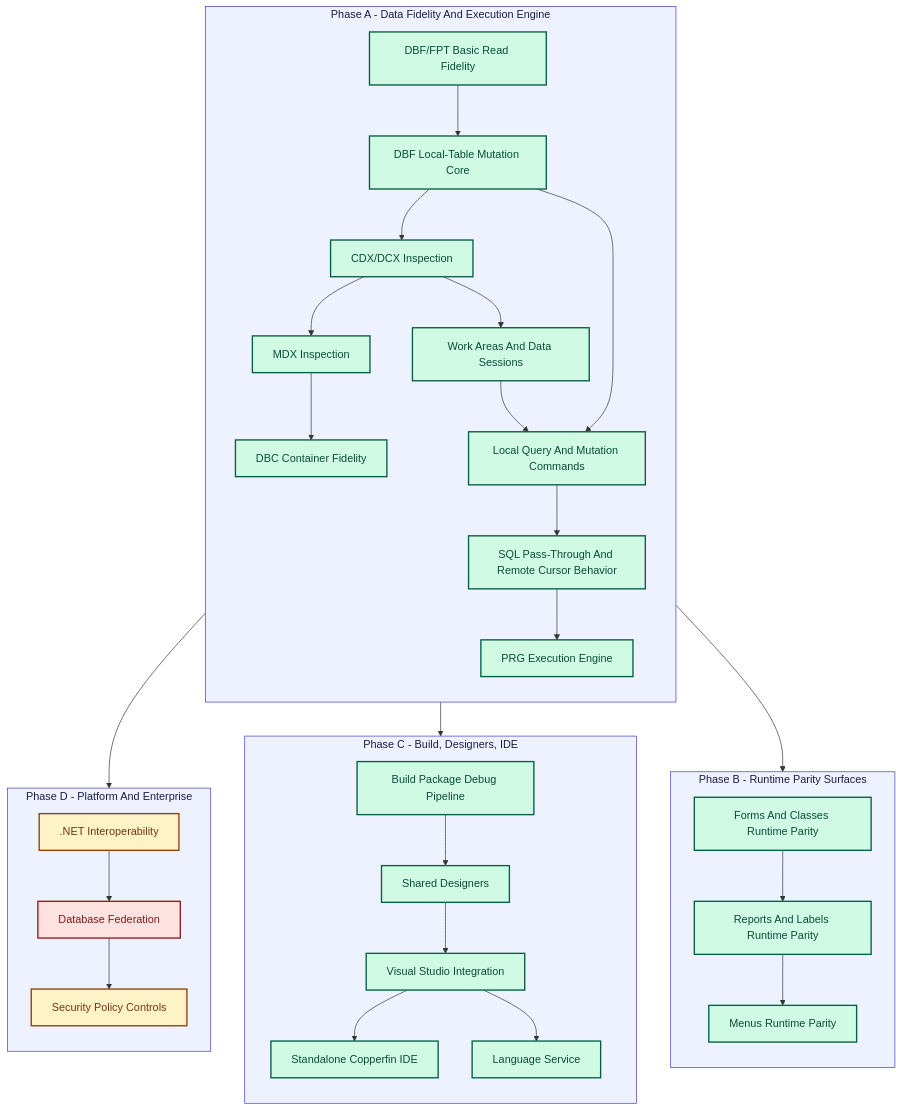
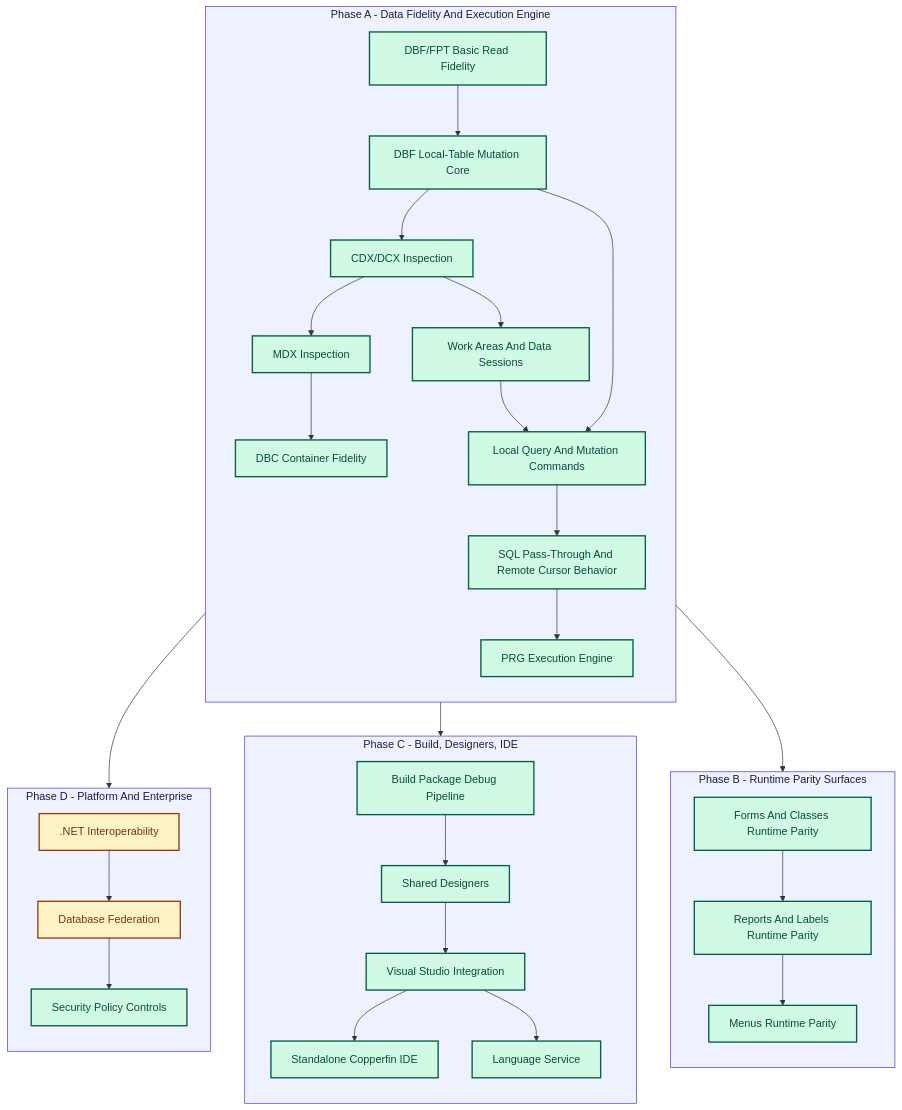
One commit to rhamenator/Project-Copperfin changed the diagram in remaining-work.md. Above: the diagram before and after it, drawn with Mermaid. The commit also changed other lines of this file and 9 other files, not shown here.

````diff
--- a/remaining-work.md
+++ b/remaining-work.md
@@ -53,67 +53,67 @@
 ```mermaid
 flowchart TD
 	classDef done fill:#d1fae5,stroke:#065f46,stroke-width:2px,color:#064e3b;
 	classDef partial fill:#fef3c7,stroke:#92400e,stroke-width:2px,color:#78350f;
 	classDef missing fill:#fee2e2,stroke:#991b1b,stroke-width:2px,color:#7f1d1d;
 	classDef lane fill:#eef2ff,stroke:#4338ca,stroke-width:1px,color:#1e1b4b;
 
 	subgraph P1[Phase A - Data Fidelity And Execution Engine]
 		direction TB
 		A1[DBF/FPT Basic Read Fidelity]
 		A2[DBF Local-Table Mutation Core]
 		A3[CDX/DCX Inspection]
 		A4[MDX Inspection]
 		A5[DBC Container Fidelity]
 		B1[Work Areas And Data Sessions]
 		B2[Local Query And Mutation Commands]
 		B3[SQL Pass-Through And Remote Cursor Behavior]
 		B4[PRG Execution Engine]
 	end
 
 	subgraph P2[Phase B - Runtime Parity Surfaces]
 		direction TB
 		C1[Forms And Classes Runtime Parity]
 		C2[Reports And Labels Runtime Parity]
 		C3[Menus Runtime Parity]
 	end
 
 	subgraph P3[Phase C - Build, Designers, IDE]
 		direction TB
 		D1[Build Package Debug Pipeline]
 		D2[Shared Designers]
 		D3[Visual Studio Integration]
 		D4[Standalone Copperfin IDE]
 		D5[Language Service]
 	end
 
 	subgraph P4[Phase D - Platform And Enterprise]
 		direction TB
 		E1[.NET Interoperability]
 		E2[Database Federation]
 		E3[Security Policy Controls]
 	end
 
 	A1 --> A2 --> A3 --> A4 --> A5
 	A2 --> B2
 	A3 --> B1
 	B1 --> B2 --> B3 --> B4
 
 	B4 --> C1 --> C2 --> C3
 	B4 --> D1 --> D2 --> D3 --> D4
 	D3 --> D5
 	B4 --> E1 --> E2 --> E3
 
 	class A1,A2,A3,A4,A5 done;
 
 	class B1,B2,B3,B4 done;
 
 	class C1,C2,C3 done;
 
 	class D1,D2,D3,D4,D5 done;
 
-	class E1,E3 partial;
+	class E1,E2 partial;
 
-	class E2 missing;
+	class E3 done;
 
 	class P1,P2,P3,P4 lane;
 ```
````
